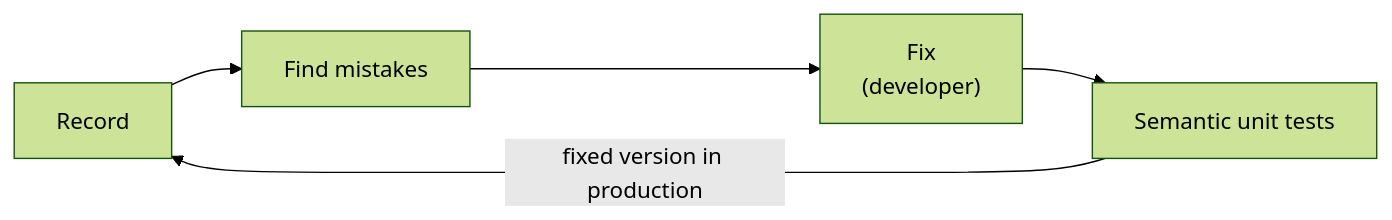
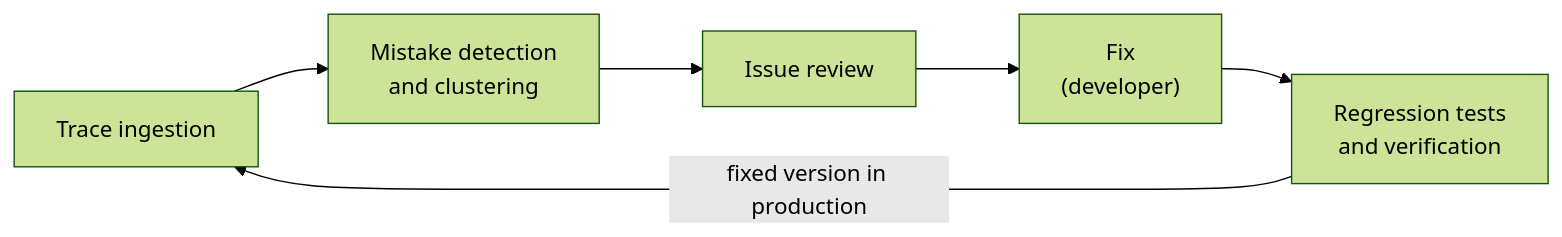
Before and after one commit to GhassenAskri/TraceWolf: the diagram in README.md, drawn with Mermaid (forest theme). The commit also changed other lines of this file and 7 other files, not shown here.

Commit message:
docs: split design paper into one doc per step and update the architecture image

````diff
--- a/README.md
+++ b/README.md
@@ -15,7 +15,8 @@
 ```mermaid
 flowchart LR
-    R["Record"] --> F["Find mistakes"]
-    F --> X["Fix<br/>(developer)"]
-    X --> T["Semantic unit tests"]
+    R["Trace ingestion"] --> F["Mistake detection<br/>and clustering"]
+    F --> H["Issue review"]
+    H --> X["Fix<br/>(developer)"]
+    X --> T["Regression tests<br/>and verification"]
     T -- "fixed version in production" --> R
 ```
````
